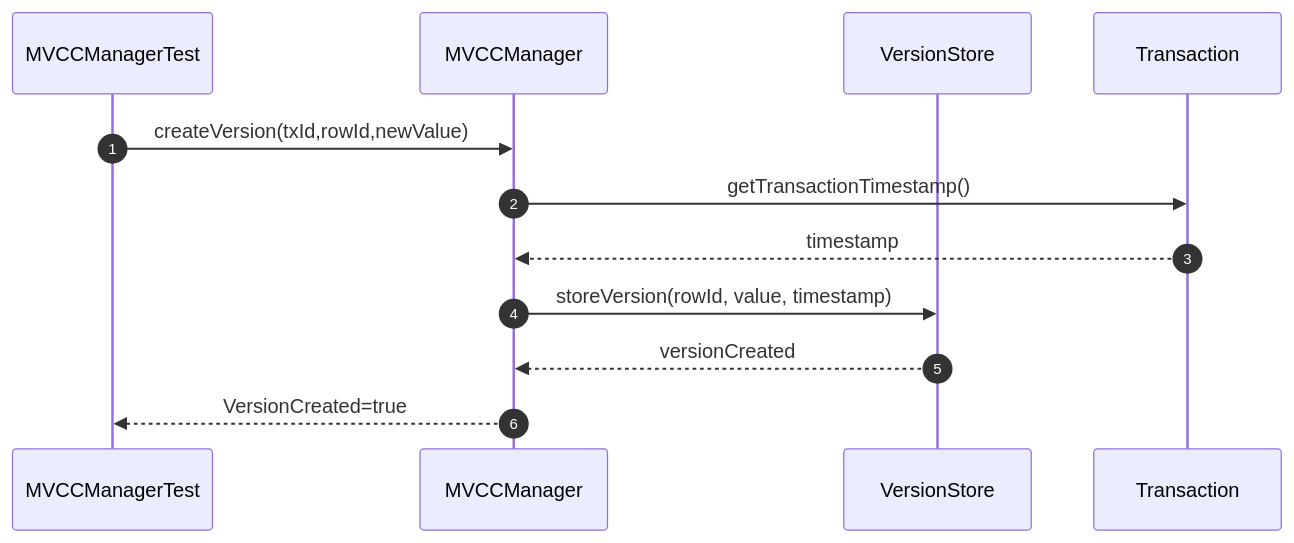
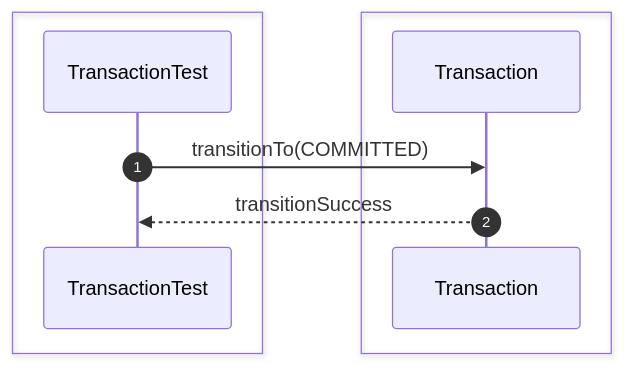
One commit to Huy1801214/dbms-architecture changed diagram 19 of 54 in src/sequence/transaction.md. Above: the diagram before and after it, drawn with Mermaid. The commit also changed other lines of this file and 10 other files, not shown here.

Commit message:
add comprehensive sequence diagrams and documentation for system architecture and unit testing specifications

````diff
--- a/src/sequence/transaction.md
+++ b/src/sequence/transaction.md
@@ -373,25 +322,14 @@
 ```mermaid
 sequenceDiagram
     autonumber
-    participant Test as MVCCManagerTest
-    participant MVCC as MVCCManager
-    participant VersionStore as VersionStore
-    participant TX as Transaction
 
+    box #e1f5fe Test Suite
+    participant Test as TransactionTest
+    end
+    box #ffebee Transaction Components
+    participant Tx as Transaction
+    end
 
-    Test->>MVCC: createVersion(txId,rowId,newValue)
-
-
-    MVCC->>TX: getTransactionTimestamp()
-
-    TX-->>MVCC: timestamp
-
-
-    MVCC->>VersionStore: storeVersion(rowId, value, timestamp)
-
-
-    VersionStore-->>MVCC: versionCreated
-
-
-    MVCC-->>Test: VersionCreated=true
+    Test->>Tx: transitionTo(COMMITTED)
+    Tx-->>Test: transitionSuccess
 ```
````
